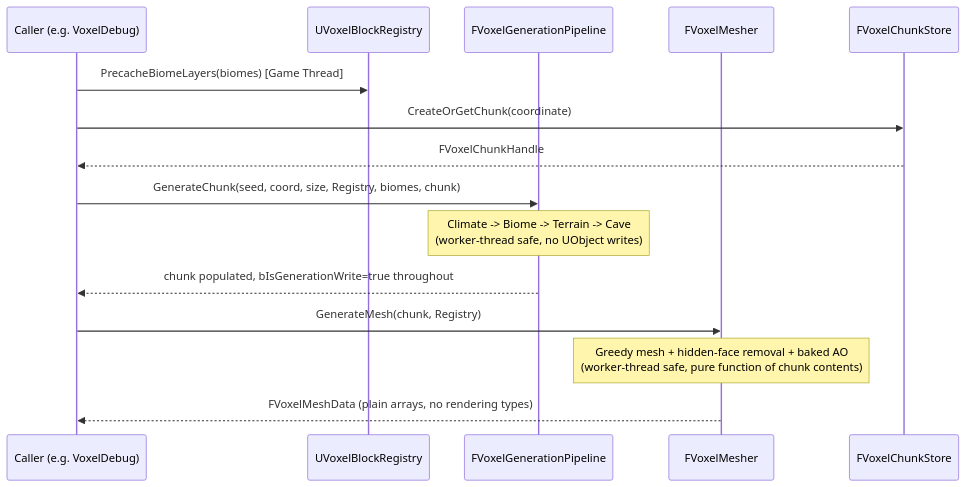
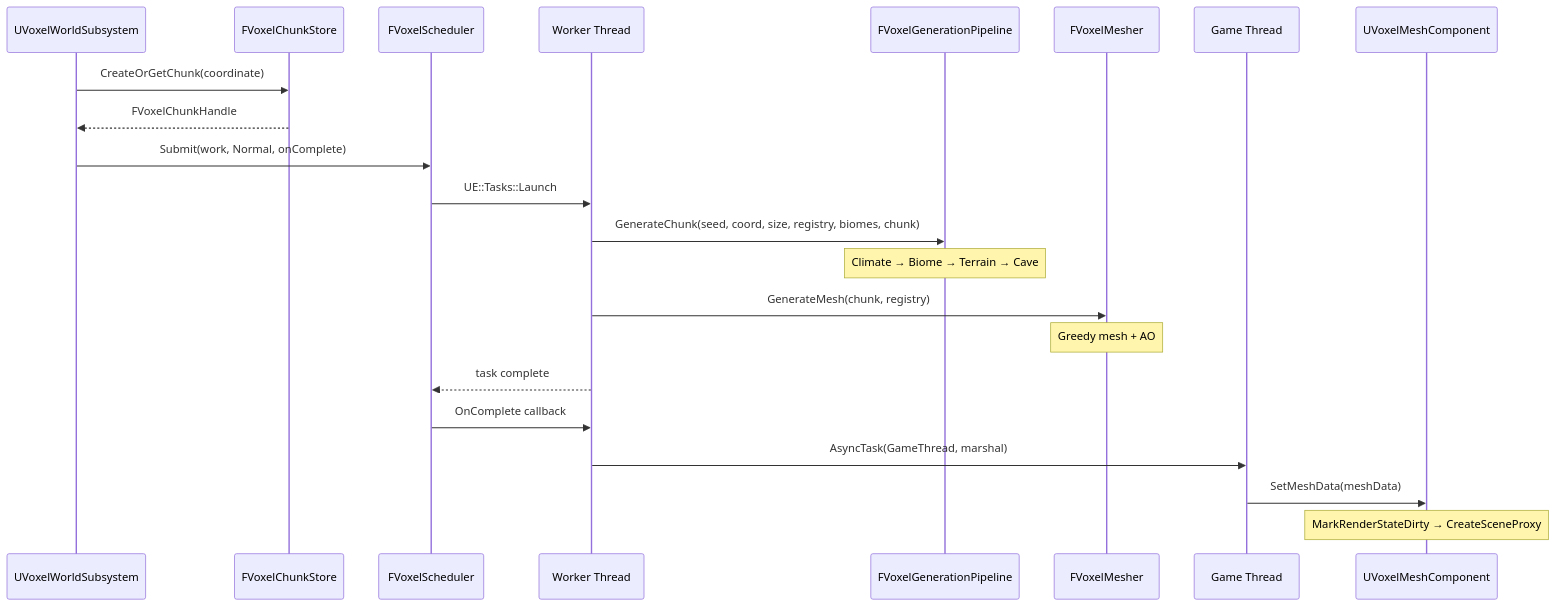
One commit to Jaiminsinh-Dodiya/VoxelFramework-UE5 changed the second of 2 diagrams in Docs/API_REFERENCE.md. Above: the diagram before and after it, drawn with Mermaid. The commit also changed other lines of this file and 1 other file, not shown here.

````diff
--- a/Docs/API_REFERENCE.md
+++ b/Docs/API_REFERENCE.md
@@ -307,18 +333,25 @@
 ```mermaid
 sequenceDiagram
-    participant User as Caller (e.g. VoxelDebug)
-    participant Registry as UVoxelBlockRegistry
+    participant Subsystem as UVoxelWorldSubsystem
+    participant Store as FVoxelChunkStore
+    participant Scheduler as FVoxelScheduler
+    participant Worker as Worker Thread
     participant Pipeline as FVoxelGenerationPipeline
     participant Mesher as FVoxelMesher
-    participant Store as FVoxelChunkStore
+    participant GT as Game Thread
+    participant Component as UVoxelMeshComponent
 
-    User->>Registry: PrecacheBiomeLayers(biomes)  [Game Thread]
-    User->>Store: CreateOrGetChunk(coordinate)
-    Store-->>User: FVoxelChunkHandle
-    User->>Pipeline: GenerateChunk(seed, coord, size, Registry, biomes, chunk)
-    Note over Pipeline: Climate -> Biome -> Terrain -> Cave<br/>(worker-thread safe, no UObject writes)
-    Pipeline-->>User: chunk populated, bIsGenerationWrite=true throughout
-    User->>Mesher: GenerateMesh(chunk, Registry)
-    Note over Mesher: Greedy mesh + hidden-face removal + baked AO<br/>(worker-thread safe, pure function of chunk contents)
-    Mesher-->>User: FVoxelMeshData (plain arrays, no rendering types)
+    Subsystem->>Store: CreateOrGetChunk(coordinate)
+    Store-->>Subsystem: FVoxelChunkHandle
+    Subsystem->>Scheduler: Submit(work, Normal, onComplete)
+    Scheduler->>Worker: UE::Tasks::Launch
+    Worker->>Pipeline: GenerateChunk(seed, coord, size, registry, biomes, chunk)
+    Note over Pipeline: Climate → Biome → Terrain → Cave
+    Worker->>Mesher: GenerateMesh(chunk, registry)
+    Note over Mesher: Greedy mesh + AO
+    Worker-->>Scheduler: task complete
+    Scheduler->>Worker: OnComplete callback
+    Worker->>GT: AsyncTask(GameThread, marshal)
+    GT->>Component: SetMeshData(meshData)
+    Note over Component: MarkRenderStateDirty → CreateSceneProxy
 ```
````
